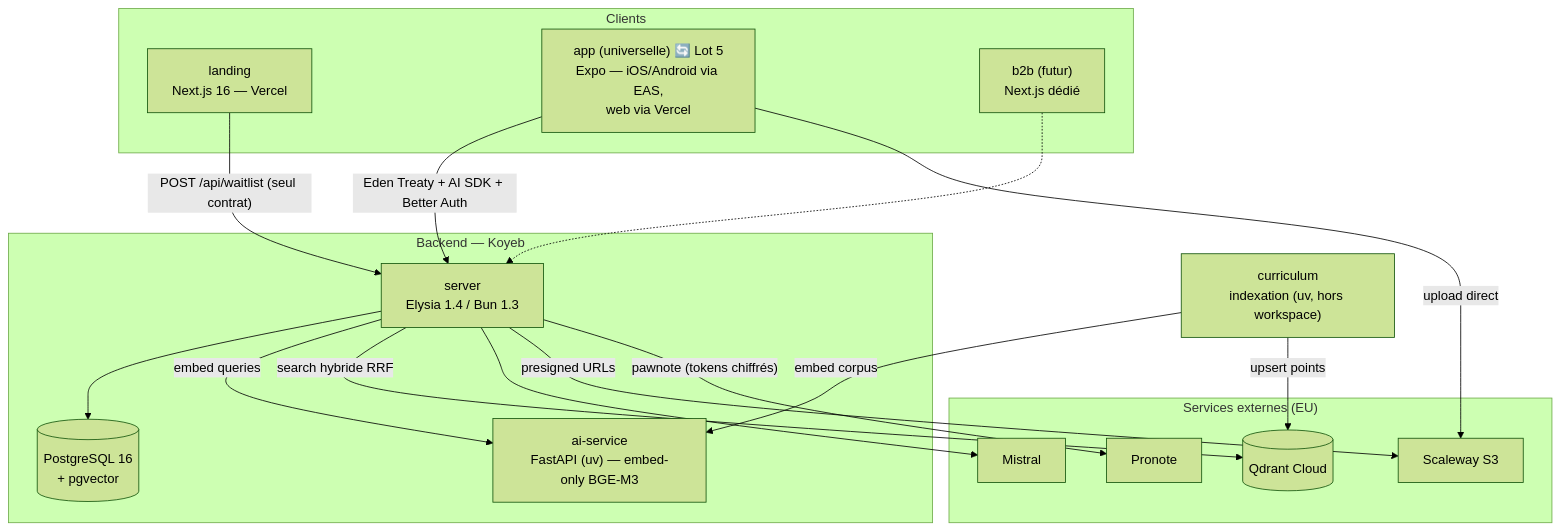
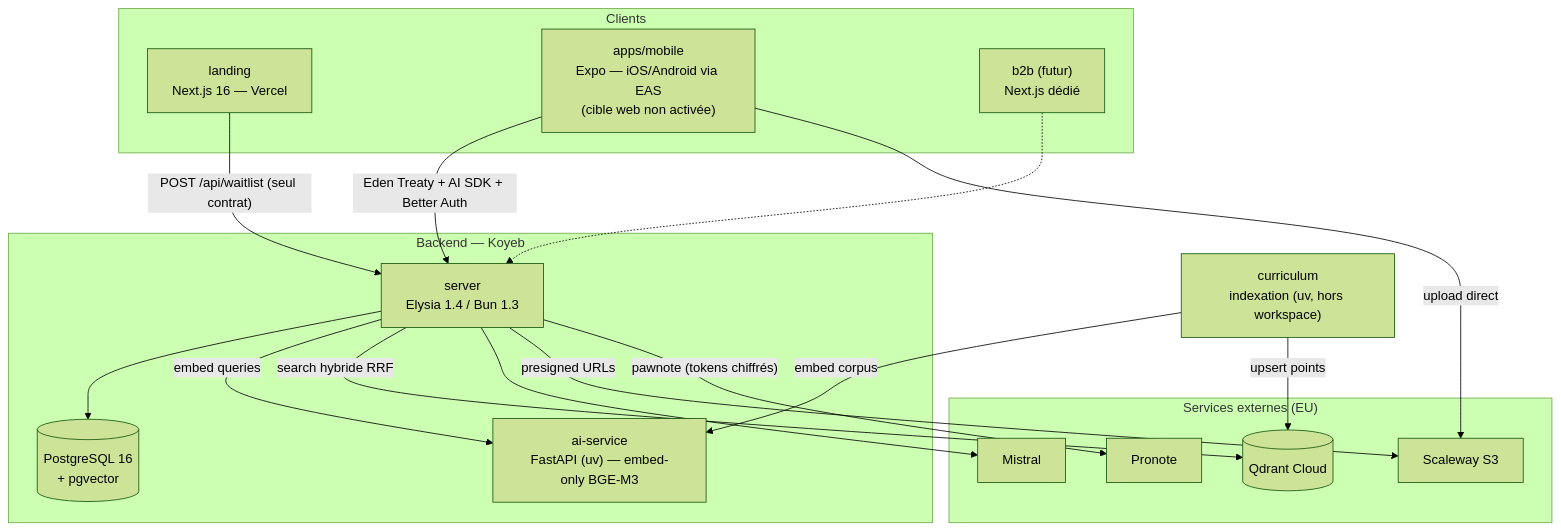
One commit to VictorNain26/tomai-monorepo changed the first of 5 diagrams in docs/architecture/system-design.md. Above: the diagram before and after it, drawn with Mermaid (forest theme). The commit also changed other lines of this file and 8 other files, not shown here.

````diff
--- a/docs/architecture/system-design.md
+++ b/docs/architecture/system-design.md
@@ -47,33 +49,33 @@
 ```mermaid
 graph TB
     subgraph Clients
         LANDING["landing<br/>Next.js 16 — Vercel"]
-        APP["app (universelle) 🔄 Lot 5<br/>Expo — iOS/Android via EAS,<br/>web via Vercel"]
+        APP["apps/mobile<br/>Expo — iOS/Android via EAS<br/>(cible web non activée)"]
         B2B["b2b (futur)<br/>Next.js dédié"]
     end
     subgraph Backend["Backend — Koyeb"]
         SERVER["server<br/>Elysia 1.4 / Bun 1.3"]
         AISVC["ai-service<br/>FastAPI (uv) — embed-only BGE-M3"]
         PG[("PostgreSQL 16<br/>+ pgvector")]
     end
     subgraph Externes["Services externes (EU)"]
         QDRANT[("Qdrant Cloud")]
         MISTRAL["Mistral"]
         S3["Scaleway S3"]
         PRONOTE["Pronote"]
     end
     CURRICULUM["curriculum<br/>indexation (uv, hors workspace)"]
 
     LANDING -- "POST /api/waitlist (seul contrat)" --> SERVER
     APP -- "Eden Treaty + AI SDK + Better Auth" --> SERVER
     B2B -.-> SERVER
     SERVER --> PG
     SERVER -- "embed queries" --> AISVC
     SERVER -- "search hybride RRF" --> QDRANT
     SERVER --> MISTRAL
     SERVER -- "presigned URLs" --> S3
     APP -- "upload direct" --> S3
     SERVER -- "pawnote (tokens chiffrés)" --> PRONOTE
     CURRICULUM -- "embed corpus" --> AISVC
     CURRICULUM -- "upsert points" --> QDRANT
 ```
````
